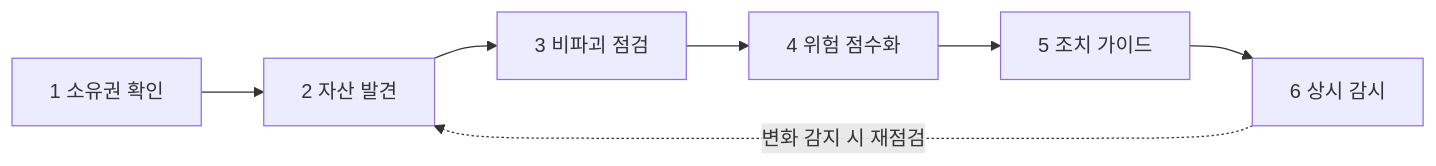
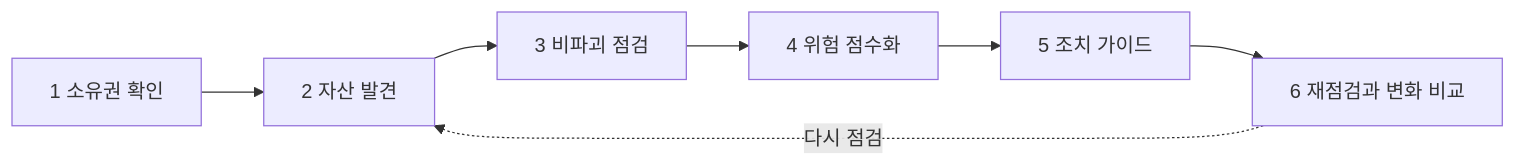
One commit to unexpected-hackathon/A2D changed the diagram in docs/A2D_기획서.md. Above: the diagram before and after it, drawn with Mermaid. The commit also changed other lines of this file and 5 other files, not shown here.

````diff
--- a/docs/A2D_기획서.md
+++ b/docs/A2D_기획서.md
@@ -109,6 +140,6 @@
 ```mermaid
 flowchart LR
   A[1 소유권 확인] --> B[2 자산 발견] --> C[3 비파괴 점검]
-  C --> D[4 위험 점수화] --> E[5 조치 가이드] --> F[6 상시 감시]
-  F -. 변화 감지 시 재점검 .-> B
+  C --> D[4 위험 점수화] --> E[5 조치 가이드] --> F[6 재점검과 변화 비교]
+  F -. 다시 점검 .-> B
 ```
````
